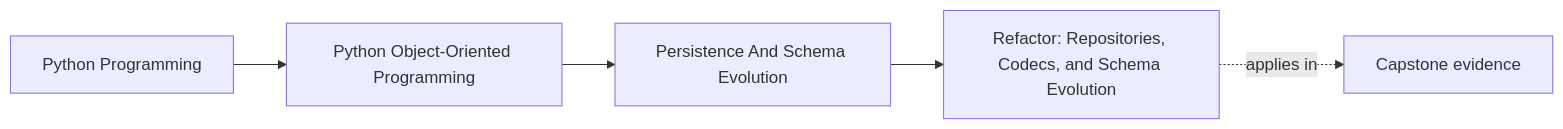
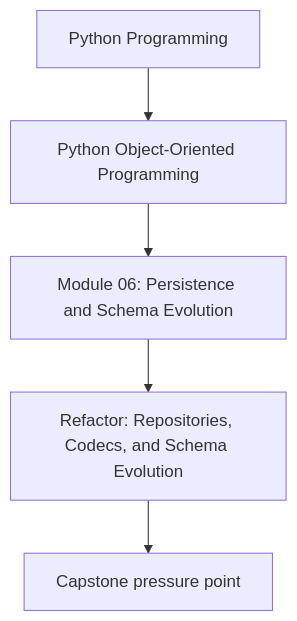
One commit to bijux/bijux-masterclass changed the first of 2 diagrams in programs/python-programming/python-object-oriented-programming/course-book/module-06-persistence-and-schema-evolution/refactor-repositories-codecs-and-schema-evolution.md. Above: the diagram before and after it, drawn with Mermaid. The commit also changed other lines of this file and 107 other files, not shown here.

Commit message:
docs(python-object-oriented-programming): align concept page diagrams

````diff
--- a/programs/python-programming/python-object-oriented-programming/course-book/module-06-persistence-and-schema-evolution/refactor-repositories-codecs-and-schema-evolution.md
+++ b/programs/python-programming/python-object-oriented-programming/course-book/module-06-persistence-and-schema-evolution/refactor-repositories-codecs-and-schema-evolution.md
@@ -7,11 +7,7 @@
 ```mermaid
-graph LR
-  family["Python Programming"]
-  program["Python Object-Oriented Programming"]
-  section["Persistence And Schema Evolution"]
-  page["Refactor: Repositories, Codecs, and Schema Evolution"]
-  capstone["Capstone evidence"]
-
-  family --> program --> section --> page
-  page -.applies in.-> capstone
+flowchart TD
+  family["Python Programming"] --> program["Python Object-Oriented Programming"]
+  program --> module["Module 06: Persistence and Schema Evolution"]
+  module --> concept["Refactor: Repositories, Codecs, and Schema Evolution"]
+  concept --> capstone["Capstone pressure point"]
 ```
````
